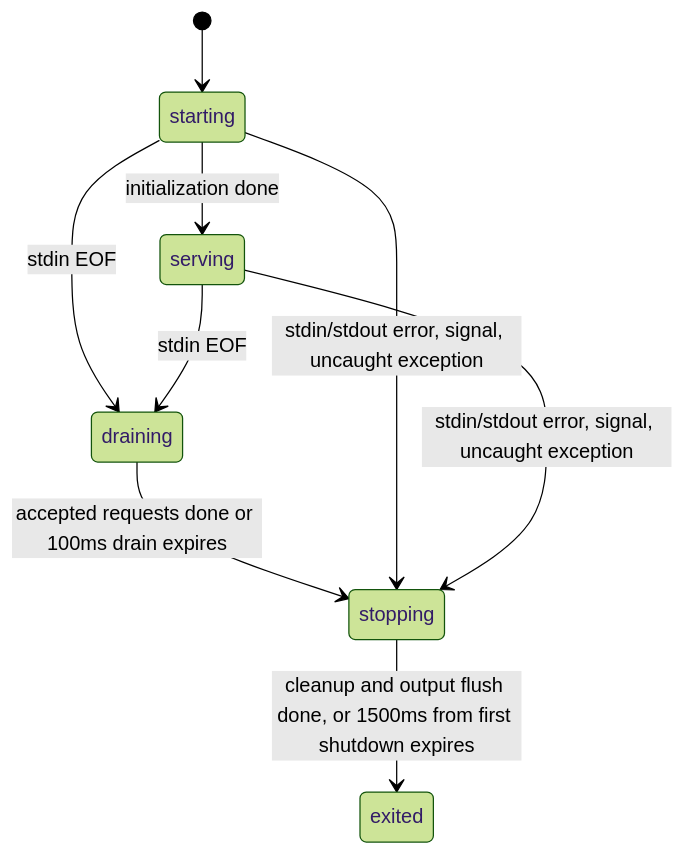
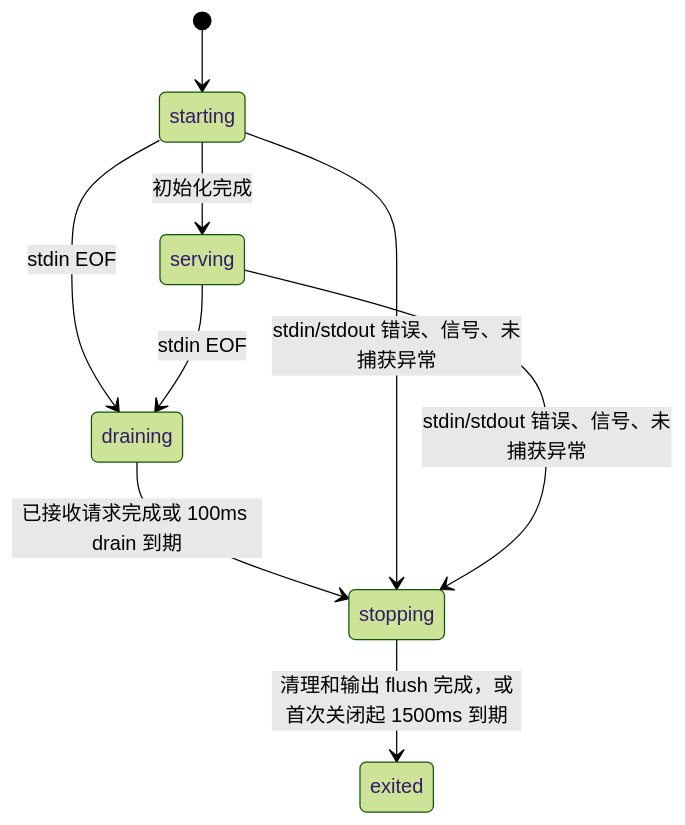
The diagram in apps/zcode-cli/docs/design/v2/zcode-protocol-agent-server.md (osben/ZCode), drawn with Mermaid (forest theme) before and after one commit. The commit also changed other lines of this file and 5391 other files, not shown here.

````diff
--- a/apps/zcode-cli/docs/design/v2/zcode-protocol-agent-server.md
+++ b/apps/zcode-cli/docs/design/v2/zcode-protocol-agent-server.md
@@ -51,11 +62,11 @@
 ```mermaid
 stateDiagram-v2
   [*] --> starting
-  starting --> serving: initialization done
+  starting --> serving: 初始化完成
   starting --> draining: stdin EOF
   serving --> draining: stdin EOF
-  draining --> stopping: accepted requests done or 100ms drain expires
-  starting --> stopping: stdin/stdout error, signal, uncaught exception
-  serving --> stopping: stdin/stdout error, signal, uncaught exception
-  stopping --> exited: cleanup and output flush done, or 1500ms from first shutdown expires
+  draining --> stopping: 已接收请求完成或 100ms drain 到期
+  starting --> stopping: stdin/stdout 错误、信号、未捕获异常
+  serving --> stopping: stdin/stdout 错误、信号、未捕获异常
+  stopping --> exited: 清理和输出 flush 完成，或首次关闭起 1500ms 到期
 ```
````
